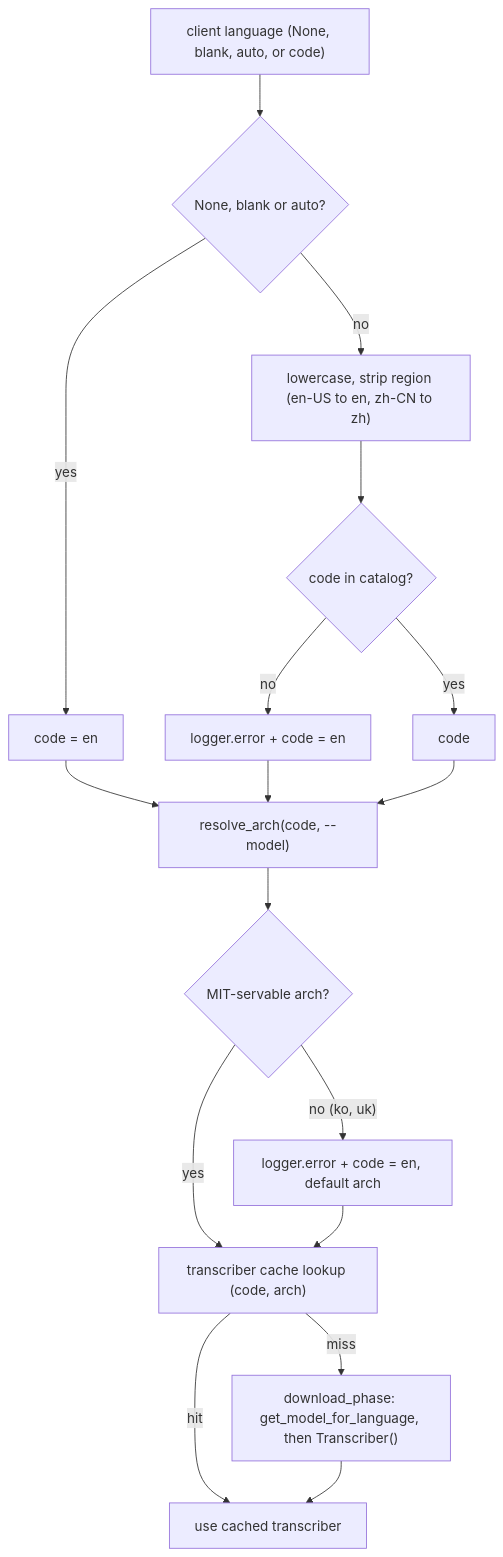
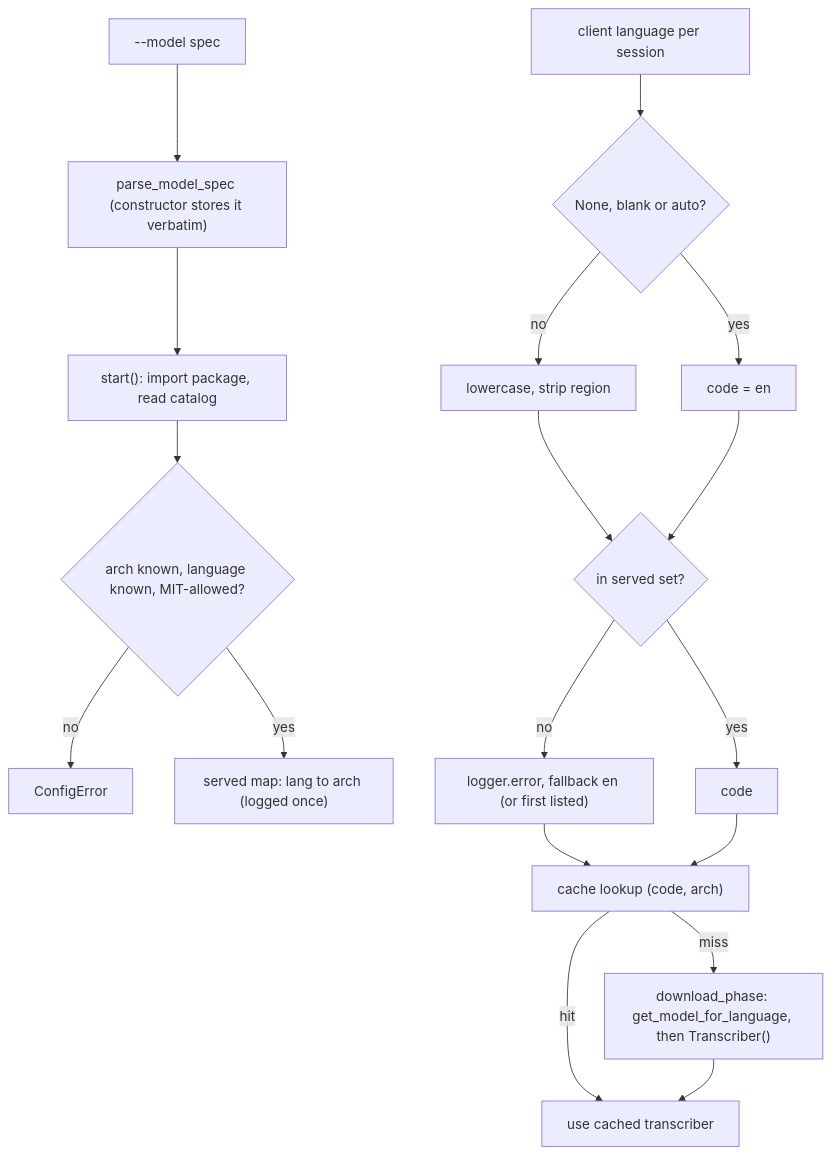
Before and after one commit to vr000m/pipecat-local-stt-server: the first of 3 diagrams in docs/dev_plans/20261114-feature-moonshine-backend.md, drawn with Mermaid. The commit also changed other lines of this file, not shown here.

````diff
--- a/docs/dev_plans/20261114-feature-moonshine-backend.md
+++ b/docs/dev_plans/20261114-feature-moonshine-backend.md
@@ -140,19 +143,20 @@
 ```mermaid
 flowchart TD
-    A["client language (None, blank, auto, or code)"] --> B{"None, blank or auto?"}
+    S["--model spec"] --> P["parse_model_spec (constructor stores it verbatim)"]
+    P --> ST["start(): import package, read catalog"]
+    ST --> V{"arch known, language known, MIT-allowed?"}
+    V -->|no| CE["ConfigError"]
+    V -->|yes| M["served map: lang to arch (logged once)"]
+    A["client language per session"] --> B{"None, blank or auto?"}
     B -->|yes| E["code = en"]
-    B -->|no| C["lowercase, strip region (en-US to en, zh-CN to zh)"]
-    C --> D{"code in catalog?"}
-    D -->|no| F["logger.error + code = en"]
+    B -->|no| C["lowercase, strip region"]
+    C --> D{"in served set?"}
+    D -->|no| F["logger.error, fallback en (or first listed)"]
     D -->|yes| G["code"]
-    E --> H["resolve_arch(code, --model)"]
-    F --> H
-    G --> H
-    H --> I{"MIT-servable arch?"}
-    I -->|"no (ko, uk)"| F2["logger.error + code = en, default arch"]
-    I -->|yes| J["transcriber cache lookup (code, arch)"]
-    F2 --> J
+    E --> D
+    F --> J["cache lookup (code, arch)"]
+    G --> J
     J -->|miss| K["download_phase: get_model_for_language, then Transcriber()"]
     J -->|hit| L["use cached transcriber"]
     K --> L
 ```
````
